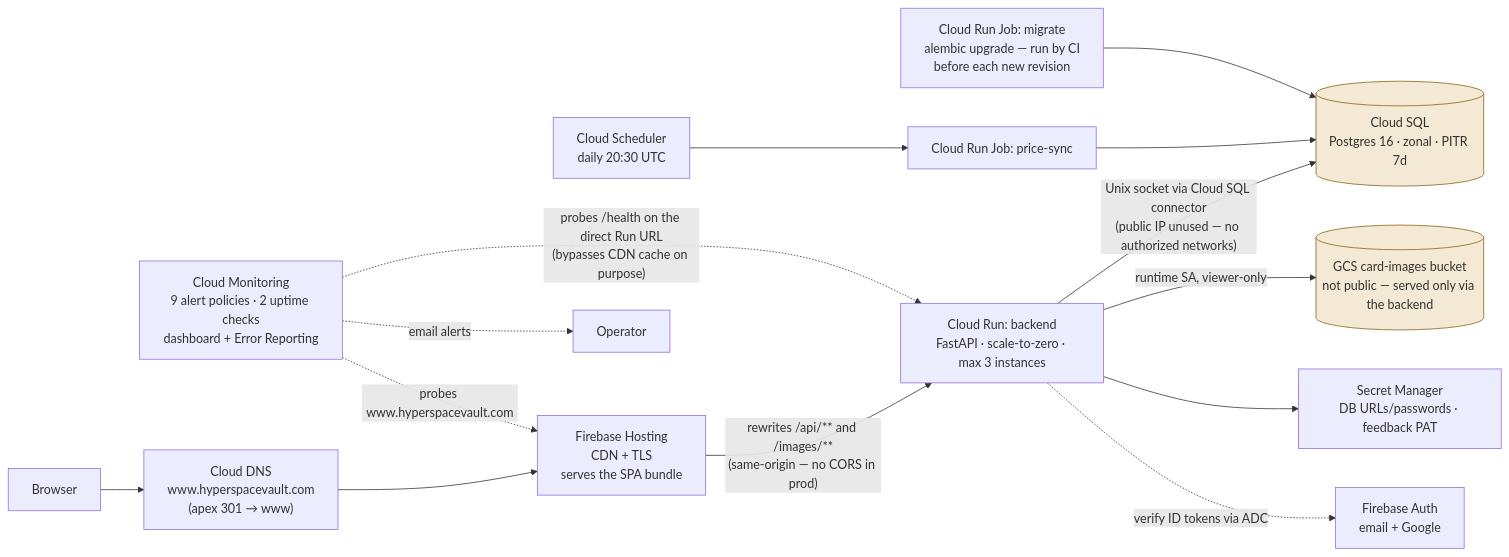
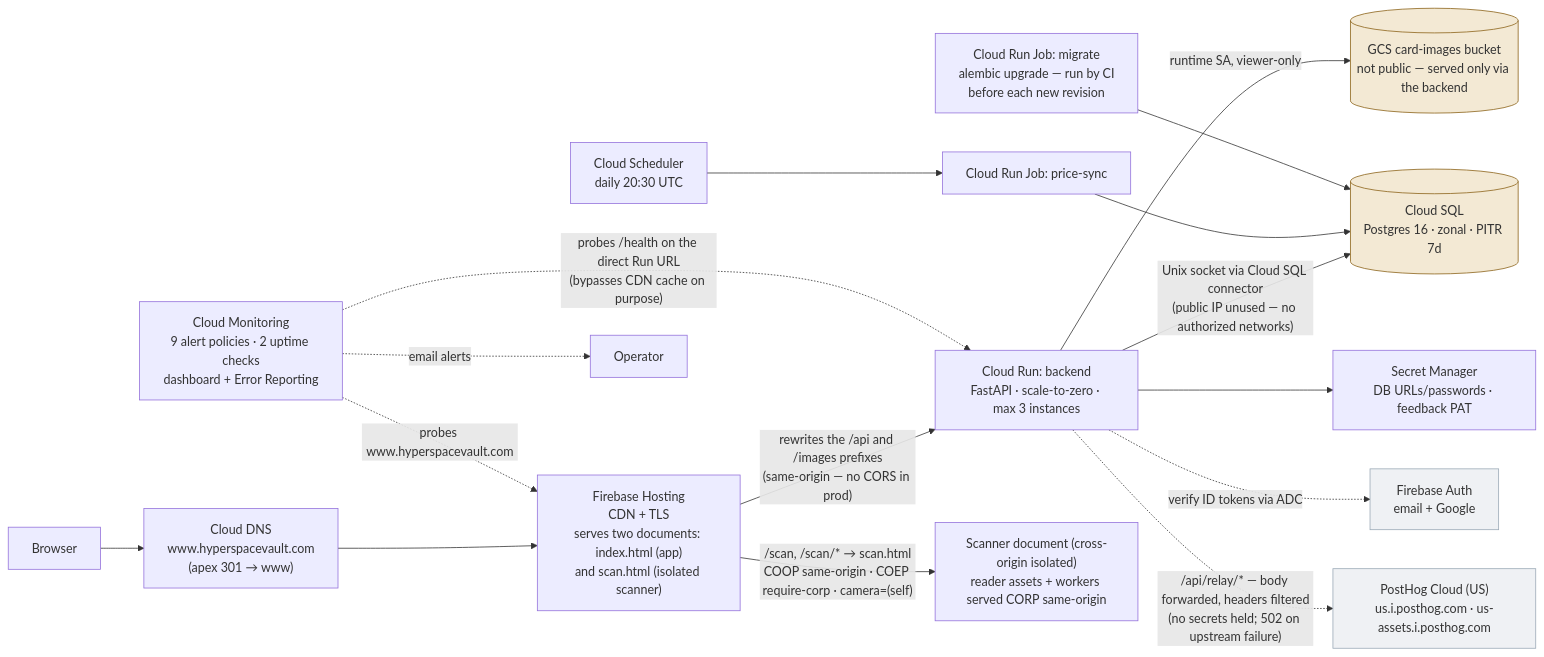
Before and after one commit to whitebreadisu/hyperspacevault: the first of 2 diagrams in specification_documents/architecture/Architecture_Physical.md, drawn with Mermaid. The commit also changed other lines of this file and 8 other files, not shown here.

First line of the commit message:
docs: BL-271 architecture views regenerated as of v2.0.1 / main d3118c5 (phone layout, scanner, PostHog relay, CI matrix, promote gate) (#274)

````diff
--- a/specification_documents/architecture/Architecture_Physical.md
+++ b/specification_documents/architecture/Architecture_Physical.md
@@ -13,22 +13,26 @@
 ```mermaid
 flowchart LR
   user["Browser"] --> dns["Cloud DNS<br/>www.hyperspacevault.com<br/>(apex 301 → www)"]
-  dns --> hosting["Firebase Hosting<br/>CDN + TLS<br/>serves the SPA bundle"]
-  hosting -->|"rewrites /api/** and /images/**<br/>(same-origin — no CORS in prod)"| run["Cloud Run: backend<br/>FastAPI · scale-to-zero · max 3 instances"]
-
+  dns --> hosting["Firebase Hosting<br/>CDN + TLS<br/>serves two documents: index.html (app)<br/>and scan.html (isolated scanner)"]
+  hosting -->|"rewrites the /api and /images prefixes<br/>(same-origin — no CORS in prod)"| run["Cloud Run: backend<br/>FastAPI · scale-to-zero · max 3 instances"]
   run -->|"Unix socket via Cloud SQL connector<br/>(public IP unused — no authorized networks)"| sql[("Cloud SQL<br/>Postgres 16 · zonal · PITR 7d")]
   run -->|"runtime SA, viewer-only"| gcs[("GCS card-images bucket<br/>not public — served only via the backend")]
   run --> sm["Secret Manager<br/>DB URLs/passwords · feedback PAT"]
   run -.->|"verify ID tokens via ADC"| fauth["Firebase Auth<br/>email + Google"]
+  run -.->|"/api/relay/* — body forwarded, headers filtered<br/>(no secrets held; 502 on upstream failure)"| posthog["PostHog Cloud (US)<br/>us.i.posthog.com · us-assets.i.posthog.com"]
 
   sched["Cloud Scheduler<br/>daily 20:30 UTC"] --> psync["Cloud Run Job: price-sync"]
   psync --> sql
   migrate["Cloud Run Job: migrate<br/>alembic upgrade — run by CI<br/>before each new revision"] --> sql
 
   mon["Cloud Monitoring<br/>9 alert policies · 2 uptime checks<br/>dashboard + Error Reporting"] -.->|"email alerts"| owner["Operator"]
   mon -.->|"probes /health on the direct Run URL<br/>(bypasses CDN cache on purpose)"| run
   mon -.->|"probes www.hyperspacevault.com"| hosting
 
+  hosting -->|"/scan, /scan/* → scan.html<br/>COOP same-origin · COEP require-corp · camera=(self)"| scandoc["Scanner document (cross-origin isolated)<br/>reader assets + workers served CORP same-origin"]
+
   classDef store fill:#F3E9D4,stroke:#8A6116;
   class sql,gcs store;
+  classDef ext fill:#EFF1F4,stroke:#9AA8B6;
+  class fauth,posthog ext;
 ```
````
